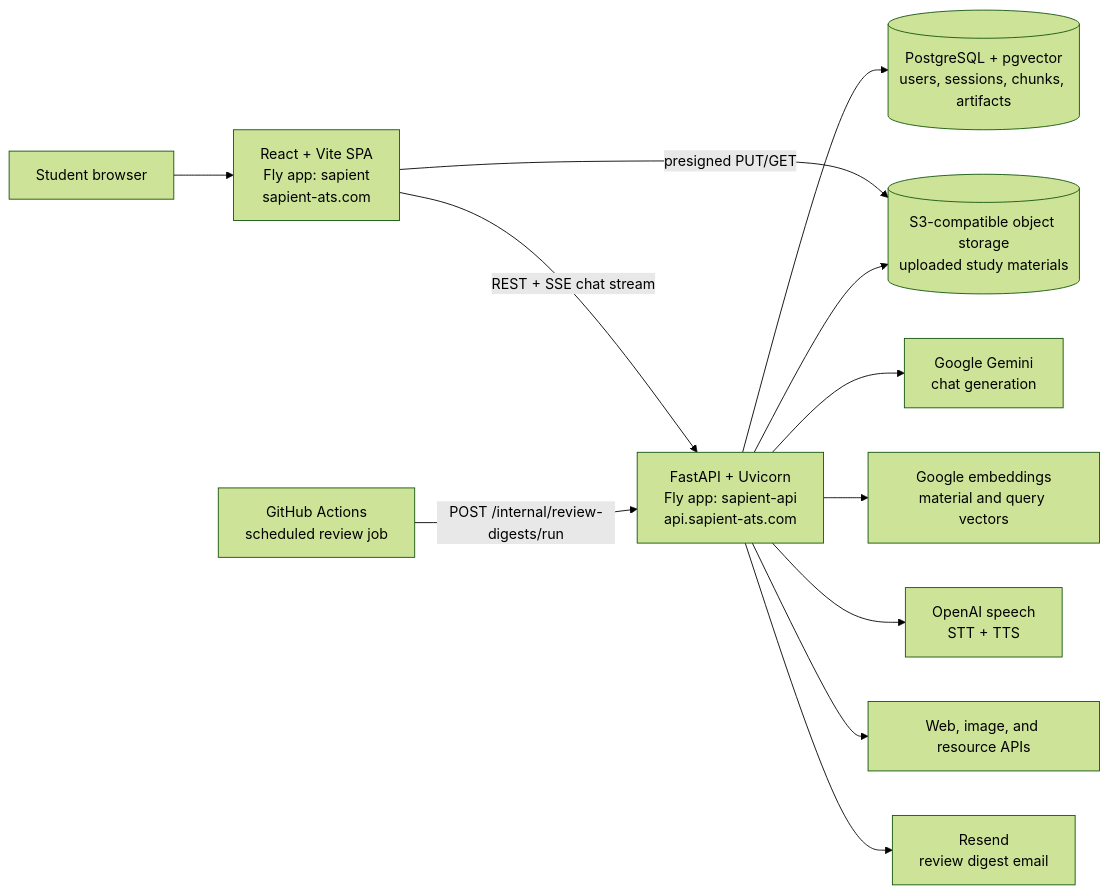
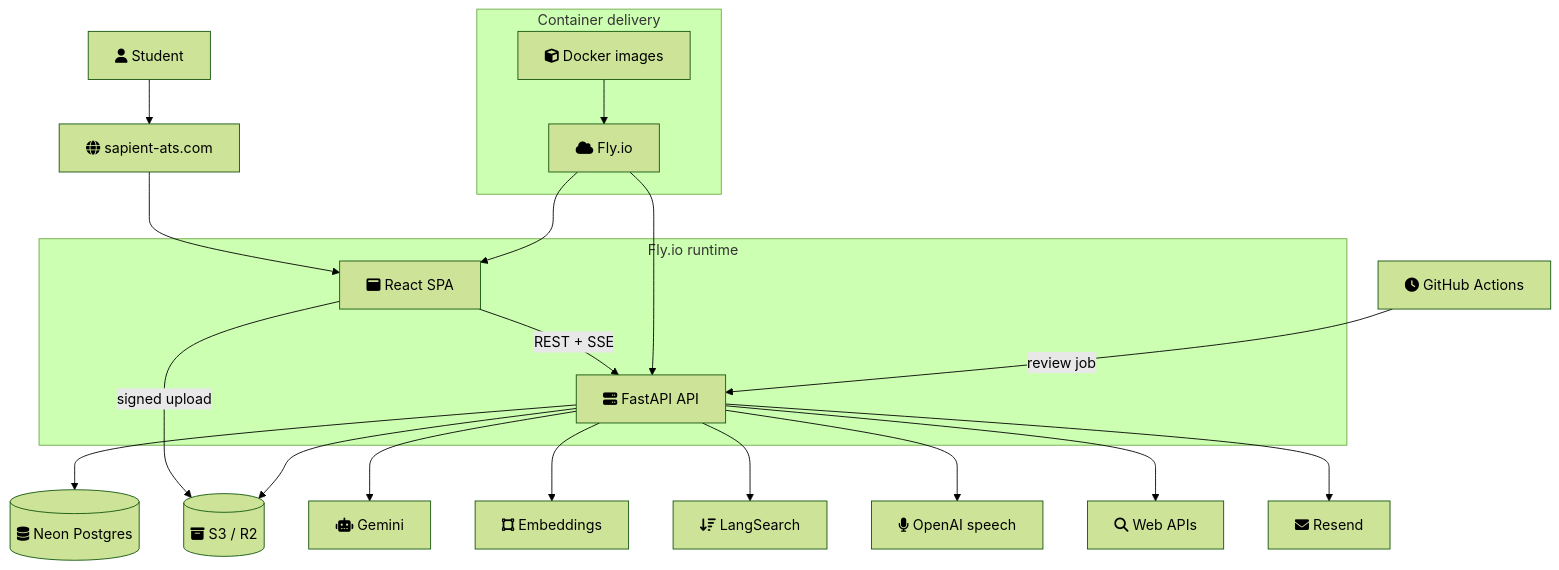
The first of 5 diagrams in README.md (jitani04/Sapient), drawn with Mermaid (forest theme) before and after one commit. The commit also changed other lines of this file and 3 other files, not shown here.

````diff
--- a/README.md
+++ b/README.md
@@ -29,26 +33,43 @@
 ```mermaid
-flowchart LR
-    Student["Student browser"]
-    Frontend["React + Vite SPA\nFly app: sapient\nsapient-ats.com"]
-    Backend["FastAPI + Uvicorn\nFly app: sapient-api\napi.sapient-ats.com"]
-    Postgres[("PostgreSQL + pgvector\nusers, sessions, chunks, artifacts")]
-    Storage[("S3-compatible object storage\nuploaded study materials")]
-    Gemini["Google Gemini\nchat generation"]
-    Embeddings["Google embeddings\nmaterial and query vectors"]
-    OpenAI["OpenAI speech\nSTT + TTS"]
-    Search["Web, image, and resource APIs"]
-    Email["Resend\nreview digest email"]
-    Scheduler["GitHub Actions\nscheduled review job"]
+flowchart TB
+    User["fa:fa-user Student"]
+    Domain["fa:fa-globe sapient-ats.com"]
+    Frontend["fa:fa-window-maximize React SPA"]
+    Backend["fa:fa-server FastAPI API"]
+    Docker["fa:fa-cube Docker images"]
+    Fly["fa:fa-cloud Fly.io"]
+    Neon[("fa:fa-database Neon Postgres")]
+    ObjectStore[("fa:fa-archive S3 / R2")]
+    Gemini["fa:fa-robot Gemini"]
+    Embed["fa:fa-vector-square Embeddings"]
+    Rerank["fa:fa-sort-amount-down LangSearch"]
+    OpenAI["fa:fa-microphone OpenAI speech"]
+    Search["fa:fa-search Web APIs"]
+    Resend["fa:fa-envelope Resend"]
+    Actions["fa:fa-clock GitHub Actions"]
 
-    Student --> Frontend
-    Frontend -->|"REST + SSE chat stream"| Backend
-    Frontend -->|"presigned PUT/GET"| Storage
-    Scheduler -->|"POST /internal/review-digests/run"| Backend
-    Backend --> Postgres
-    Backend --> Storage
+    User --> Domain --> Frontend
+    Frontend -->|"REST + SSE"| Backend
+    Frontend -->|"signed upload"| ObjectStore
+
+    subgraph Runtime["Fly.io runtime"]
+        Frontend
+        Backend
+    end
+
+    subgraph Build["Container delivery"]
+        Docker --> Fly
+    end
+
+    Fly --> Frontend
+    Fly --> Backend
+    Backend --> Neon
+    Backend --> ObjectStore
     Backend --> Gemini
-    Backend --> Embeddings
+    Backend --> Embed
+    Backend --> Rerank
     Backend --> OpenAI
     Backend --> Search
-    Backend --> Email
+    Backend --> Resend
+    Actions -->|"review job"| Backend
 ```
````
